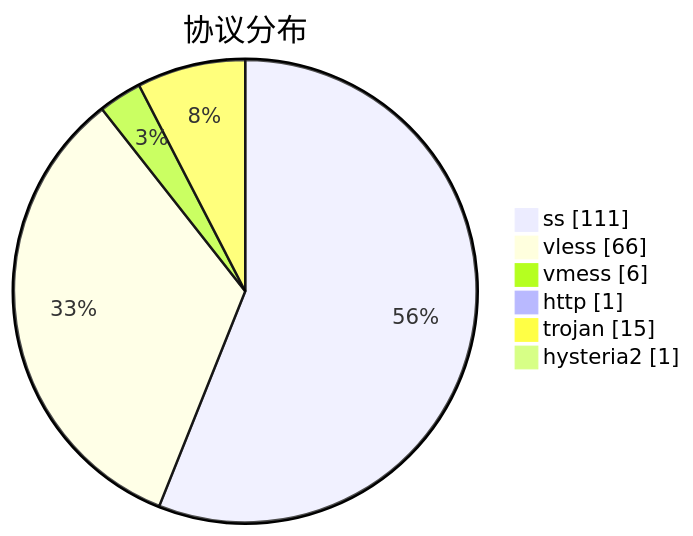
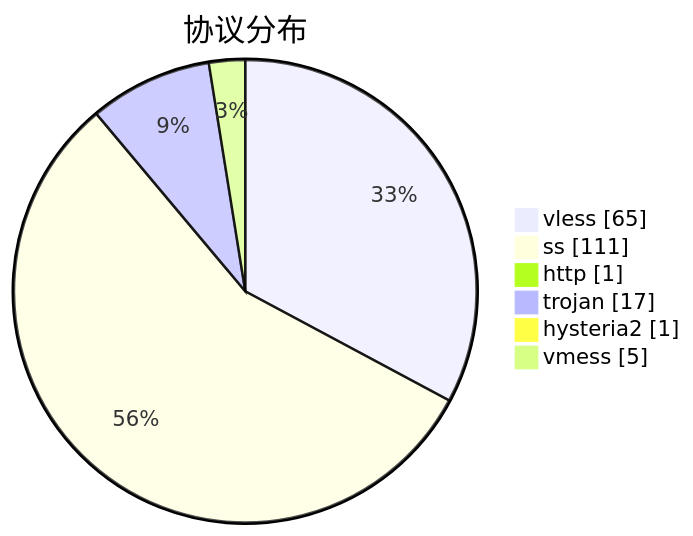
Before and after one commit to qjlxg/airport: the third of 3 diagrams in subs/statistics/tested_within.md, drawn with Mermaid. The commit also changed other lines of this file and 2 other files, not shown here.

````diff
--- a/subs/statistics/tested_within.md
+++ b/subs/statistics/tested_within.md
@@ -28,10 +27,10 @@
 ```mermaid
 pie showData
 title 协议分布
+"vless" : 65
 "ss" : 111
-"vless" : 66
-"vmess" : 6
 "http" : 1
-"trojan" : 15
+"trojan" : 17
 "hysteria2" : 1
+"vmess" : 5
 ```
````
